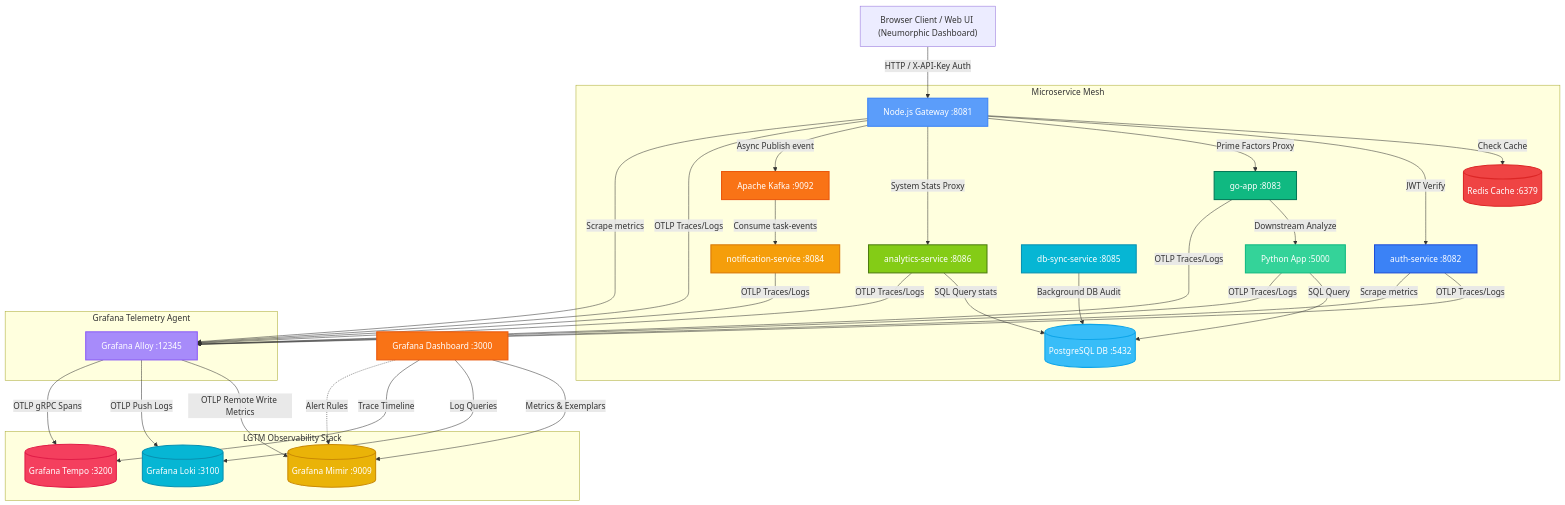
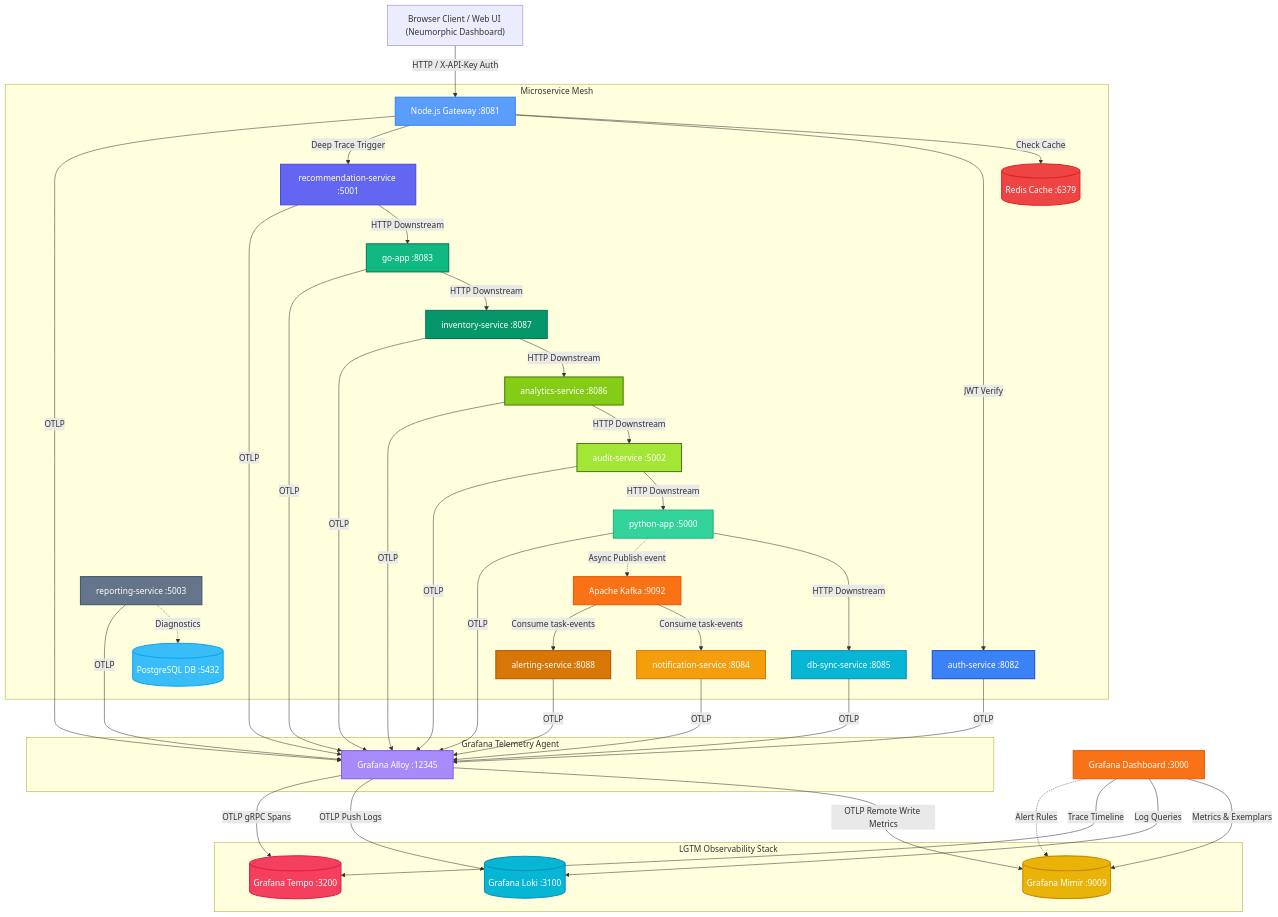
One commit to bh-gaur/LGTM changed the diagram in architecture.md. Above: the diagram before and after it, drawn with Mermaid. The commit also changed other lines of this file and 18 other files, not shown here.

Commit message:
enable service graph in tempo and add more downstream network of requests

````diff
--- a/architecture.md
+++ b/architecture.md
@@ -9,69 +9,80 @@
 ```mermaid
 graph TD
     %% User/Client layer
     User["Browser Client / Web UI (Neumorphic Dashboard)"] -->|HTTP / X-API-Key Auth| NodeApp[Node.js Gateway :8081]
     
     %% Gateway and Application Microservices
     subgraph Microservice Mesh
         NodeApp -->|Check Cache| Redis[(Redis Cache :6379)]
         NodeApp -->|JWT Verify| AuthService[auth-service :8082]
-        NodeApp -->|Prime Factors Proxy| GoApp[go-app :8083]
-        NodeApp -->|System Stats Proxy| Analytics[analytics-service :8086]
-        NodeApp -->|Async Publish event| Kafka[Apache Kafka :9092]
+        NodeApp -->|Deep Trace Trigger| Rec[recommendation-service :5001]
+        Rec -->|HTTP Downstream| GoApp[go-app :8083]
+        GoApp -->|HTTP Downstream| Inv[inventory-service :8087]
+        Inv -->|HTTP Downstream| Analytics[analytics-service :8086]
+        Analytics -->|HTTP Downstream| Audit[audit-service :5002]
+        Audit -->|HTTP Downstream| PyApp[python-app :5000]
+        PyApp -->|HTTP Downstream| DbSync[db-sync-service :8085]
         
-        GoApp -->|Downstream Analyze| PyApp[Python App :5000]
+        PyApp -.->|Async Publish event| Kafka[Apache Kafka :9092]
         Kafka -->|Consume task-events| NotifService[notification-service :8084]
+        Kafka -->|Consume task-events| AlertService[alerting-service :8088]
         
-        PyApp -->|SQL Query| Postgres[(PostgreSQL DB :5432)]
-        Analytics -->|SQL Query stats| Postgres
-        DbSync[db-sync-service :8085] -->|Background DB Audit| Postgres
+        ReportService[reporting-service :5003] -.->|Diagnostics| Postgres[(PostgreSQL DB :5432)]
     end
 
     %% Telemetry Collection Layer
     subgraph Grafana Telemetry Agent
         Alloy[Grafana Alloy :12345]
-        NodeApp -->|OTLP Traces/Logs| Alloy
-        AuthService -->|OTLP Traces/Logs| Alloy
-        GoApp -->|OTLP Traces/Logs| Alloy
-        PyApp -->|OTLP Traces/Logs| Alloy
-        NotifService -->|OTLP Traces/Logs| Alloy
-        Analytics -->|OTLP Traces/Logs| Alloy
-        
-        NodeApp -->|Scrape metrics| Alloy
-        AuthService -->|Scrape metrics| Alloy
+        NodeApp -->|OTLP| Alloy
+        AuthService -->|OTLP| Alloy
+        Rec -->|OTLP| Alloy
+        GoApp -->|OTLP| Alloy
+        Inv -->|OTLP| Alloy
+        Analytics -->|OTLP| Alloy
+        Audit -->|OTLP| Alloy
+        PyApp -->|OTLP| Alloy
+        DbSync -->|OTLP| Alloy
+        NotifService -->|OTLP| Alloy
+        AlertService -->|OTLP| Alloy
+        ReportService -->|OTLP| Alloy
     end
 
     %% Storage Backends
     subgraph LGTM Observability Stack
         Mimir[(Grafana Mimir :9009)]
         Loki[(Grafana Loki :3100)]
         Tempo[(Grafana Tempo :3200)]
         
         Alloy -->|OTLP Remote Write Metrics| Mimir
         Alloy -->|OTLP Push Logs| Loki
         Alloy -->|OTLP gRPC Spans| Tempo
     end
 
     %% Visualization Layer
     Grafana[Grafana Dashboard :3000] -->|Metrics & Exemplars| Mimir
     Grafana -->|Log Queries| Loki
     Grafana -->|Trace Timeline| Tempo
     Grafana -.->|Alert Rules| Mimir
 
     %% Color Styling
     style NodeApp fill:#5b9dfa,stroke:#3b82f6,stroke-width:2px,color:#fff
     style AuthService fill:#3b82f6,stroke:#1d4ed8,stroke-width:2px,color:#fff
+    style Rec fill:#6366f1,stroke:#4f46e5,stroke-width:2px,color:#fff
     style GoApp fill:#10b981,stroke:#047857,stroke-width:2px,color:#fff
+    style Inv fill:#059669,stroke:#047857,stroke-width:2px,color:#fff
+    style Analytics fill:#84cc16,stroke:#4d7c0f,stroke-width:2px,color:#fff
+    style Audit fill:#a3e635,stroke:#4d7c0f,stroke-width:2px,color:#fff
     style PyApp fill:#34d399,stroke:#10b981,stroke-width:2px,color:#fff
+    style DbSync fill:#06b6d4,stroke:#0891b2,stroke-width:2px,color:#fff
     style NotifService fill:#f59e0b,stroke:#d97706,stroke-width:2px,color:#fff
-    style Analytics fill:#84cc16,stroke:#4d7c0f,stroke-width:2px,color:#fff
-    style DbSync fill:#06b6d4,stroke:#0891b2,stroke-width:2px,color:#fff
+    style AlertService fill:#d97706,stroke:#b45309,stroke-width:2px,color:#fff
+    style ReportService fill:#64748b,stroke:#475569,stroke-width:2px,color:#fff
     style Redis fill:#ef4444,stroke:#dc2626,stroke-width:2px,color:#fff
     style Kafka fill:#f97316,stroke:#ea580c,stroke-width:2px,color:#fff
     style Postgres fill:#38bdf8,stroke:#0ea5e9,stroke-width:2px,color:#fff
     style Alloy fill:#a78bfa,stroke:#8b5cf6,stroke-width:2px,color:#fff
     style Mimir fill:#eab308,stroke:#ca8a04,stroke-width:2px,color:#fff
     style Loki fill:#06b6d4,stroke:#0891b2,stroke-width:2px,color:#fff
     style Tempo fill:#f43f5e,stroke:#e11d48,stroke-width:2px,color:#fff
     style Grafana fill:#f97316,stroke:#ea580c,stroke-width:2px,color:#fff
 ```
````
